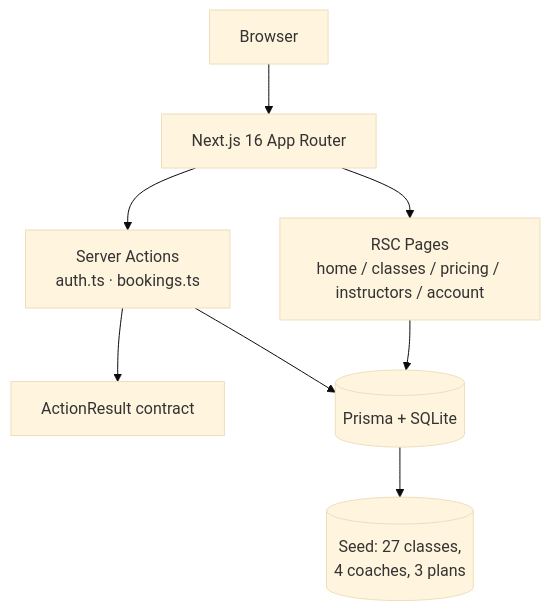
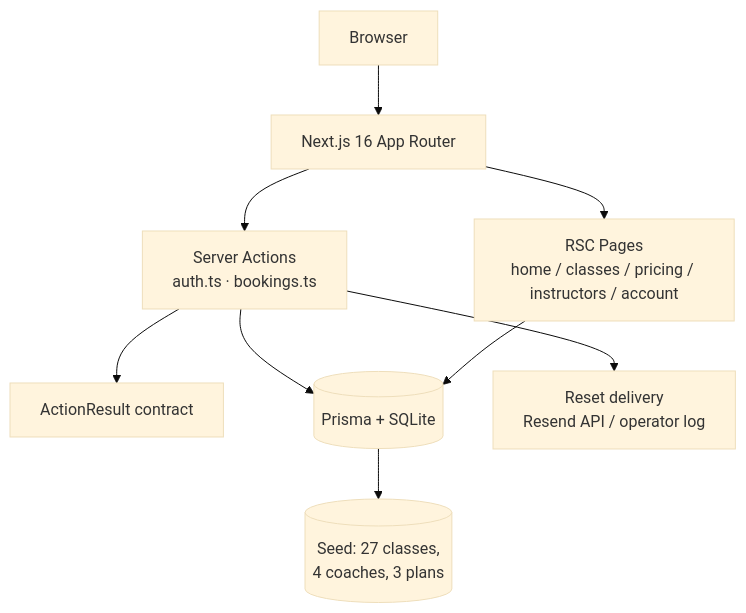
The diagram in README.md (nordeim/fitness-studio-new), drawn with Mermaid (base theme) before and after one commit. The commit also changed other lines of this file and 87 other files, not shown here.

````diff
--- a/README.md
+++ b/README.md
@@ -46,10 +49,11 @@
 ```mermaid
 flowchart TB
     B[Browser] --> N[Next.js 16 App Router]
     N --> P[RSC Pages<br/>home / classes / pricing / instructors / account]
     N --> A["Server Actions<br/>auth.ts · bookings.ts"]
     A --> R["ActionResult contract"]
     A --> D[(Prisma + SQLite)]
     P --> D
     D --> S[(Seed: 27 classes,<br/>4 coaches, 3 plans)]
+    A --> E["Reset delivery<br/>Resend API / operator log"]
 ```
````
